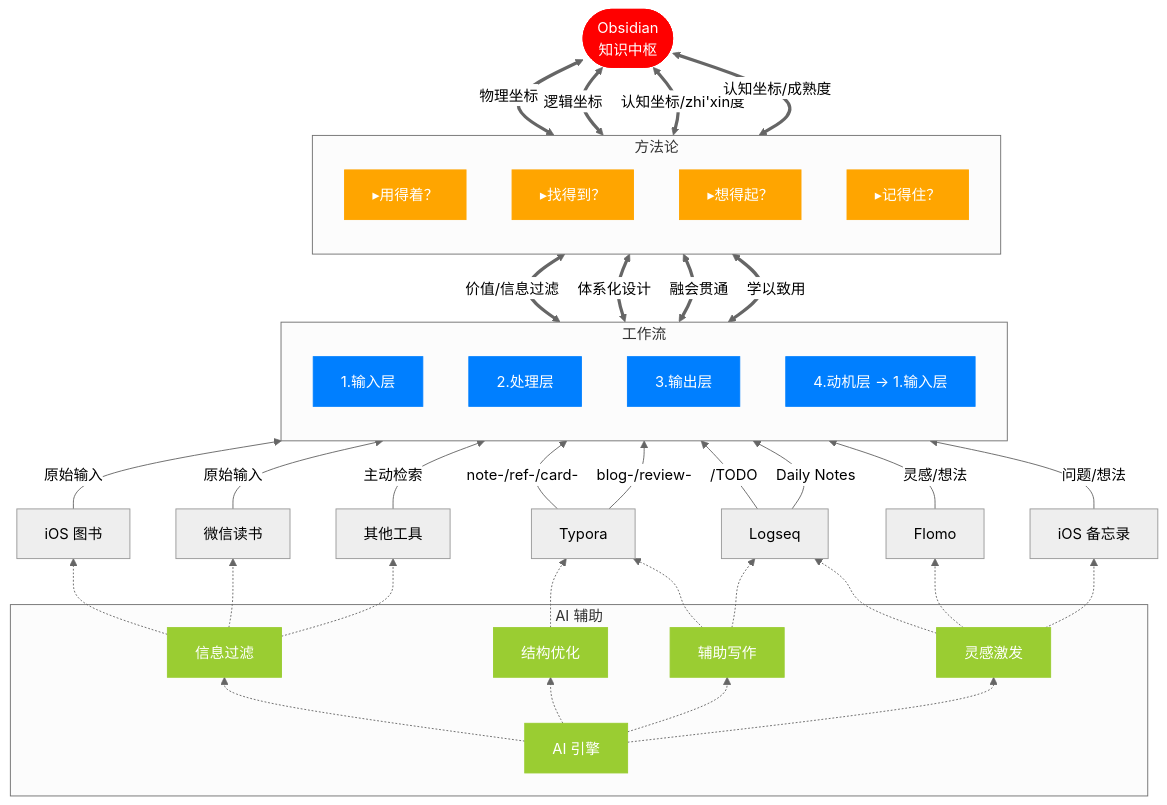
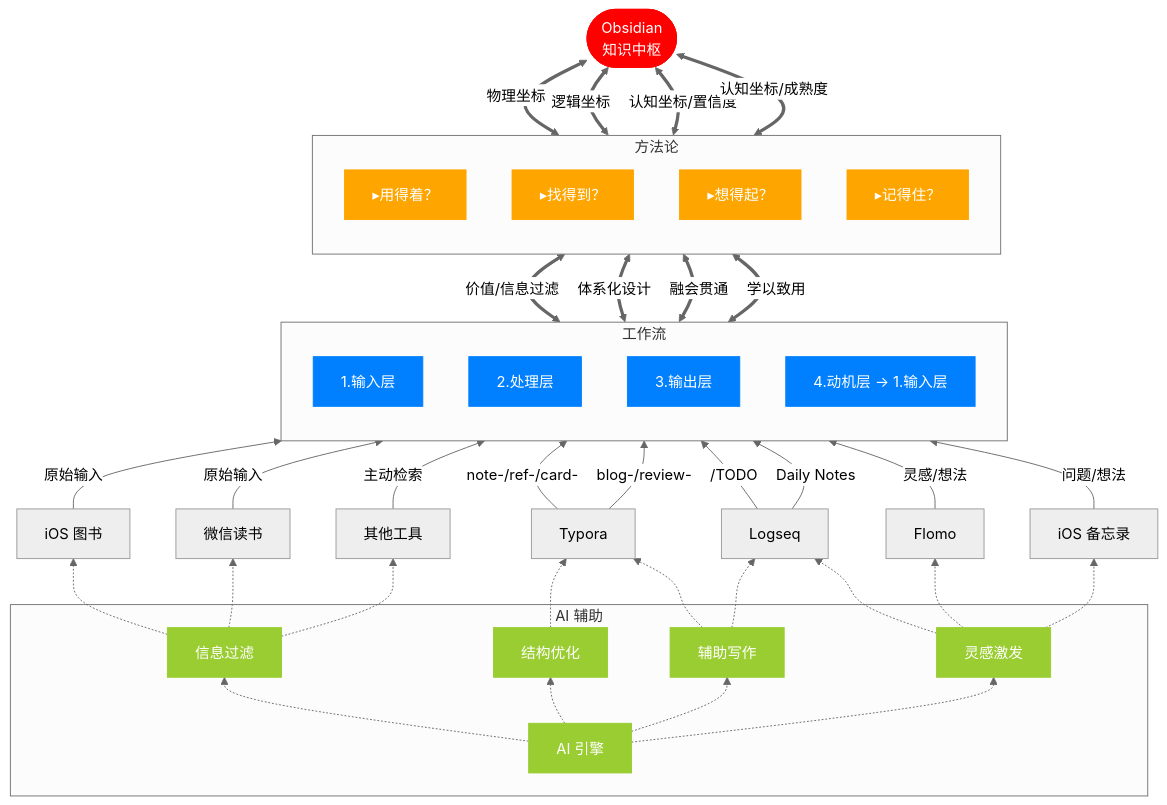
Before and after one commit to El25Aleph/_Aleph: the third of 3 diagrams in docs/blog-我的知识管理-再谈笔记构建.md, drawn with Mermaid. The commit also changed 6 other files, not shown here.

````diff
--- a/docs/blog-我的知识管理-再谈笔记构建.md
+++ b/docs/blog-我的知识管理-再谈笔记构建.md
@@ -186,60 +186,60 @@
 ```mermaid
 ---
 config:
     theme: 'neutral'
 ---
 graph BT
     subgraph sub1["工作流"]
         direction BT
         L1[1.输入层];
         L2[2.处理层];
         L3[3.输出层];
         L4[4.动机层 → 1.输入层];
     end
     T7([Obsidian<br>知识中枢]);
     T4[iOS 图书] --原始输入--> L1;
     T5[微信读书] --原始输入--> L1;
     T8[其他工具] --主动检索--> L1;
     T6[Typora] --> |note-/ref-/card-|L2;
     T6[Typora] --> |blog-/review-|L3;
     T1[Logseq] --/TODO--> L3;
     T1 --Daily Notes--> L4
     T2[Flomo] --灵感/想法--> L4;
     T3[iOS 备忘录] --问题/想法--> L4;   
 
     subgraph sub2["AI 辅助"]
     AI0[AI 引擎] -.-> AI1 & AI2 & AI3 & AI4
     end
     AI1[信息过滤] -.-> T4 & T5 & T8
     AI2[结构优化] -.-> T6
     AI3[辅助写作] -.-> T6 & T1
     AI4[灵感激发] -.-> T1 & T2 & T3
 
     subgraph sub3["方法论"]
         direction BT
         S1[▸用得着？];
         S2[▸找得到？];
         S3[▸想得起？];
         S4[▸记得住？];
     end
     
     L1 <==价值/信息过滤==> S1;
     L2 <==体系化设计==> S2;
     L3 <==融会贯通==> S3;
     L4 <==学以致用==> S4;
 
     S1 <==物理坐标==> T7
     S2 <==逻辑坐标==> T7
-    S3 <==认知坐标/zhi'xin度==> T7
+    S3 <==认知坐标/置信度==> T7
     S4 <==认知坐标/成熟度==> T7
 
     classDef flow fill:red,stroke:red,color:white
     class T7 flow
     classDef mid fill:#007FFF,stroke:#007FFF,color:white
     class L1,L2,L3,L4 mid
     classDef dimE fill:#9ACD32,stroke:#9ACD32,color:white
     class AI0,AI1,AI2,AI3,AI4 dimE
     classDef dim fill:orange,stroke:orange,color:white
     class S1,S2,S3,S4 dim
 
 ```
````
